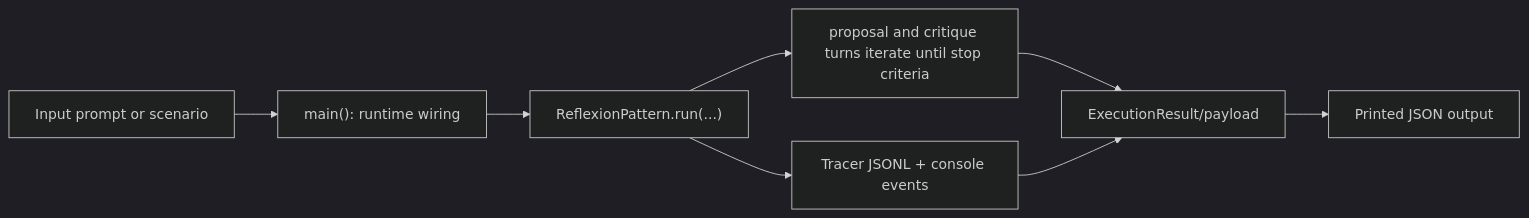
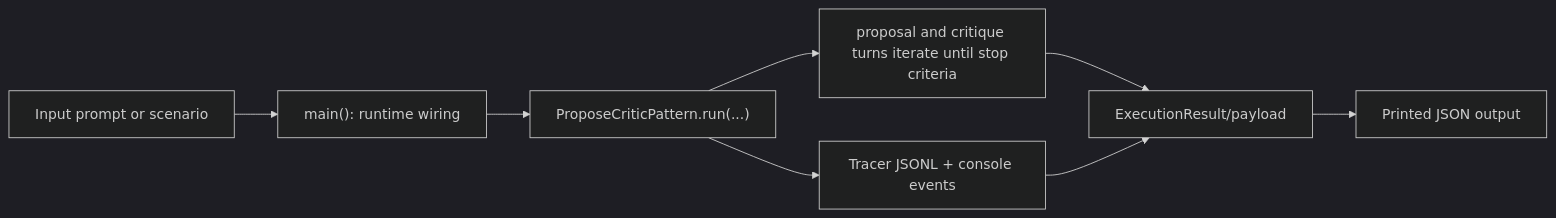
The diagram in docs/examples/patterns/propose_critic.rst (cmudrc/design-research-agents), drawn with Mermaid (dark theme) before and after one commit. The commit also changed other lines of this file and 48 other files, not shown here.

```diff
--- a/docs/examples/patterns/propose_critic.rst
+++ b/docs/examples/patterns/propose_critic.rst
@@ -21,10 +21,10 @@
 .. mermaid::
 
    flowchart LR
        A["Input prompt or scenario"] --> B["main(): runtime wiring"]
-       B --> C["ReflexionPattern.run(...)"]
+       B --> C["ProposeCriticPattern.run(...)"]
        C --> D["proposal and critique turns iterate until stop criteria"]
        C --> E["Tracer JSONL + console events"]
        D --> F["ExecutionResult/payload"]
        E --> F
        F --> G["Printed JSON output"]
```
